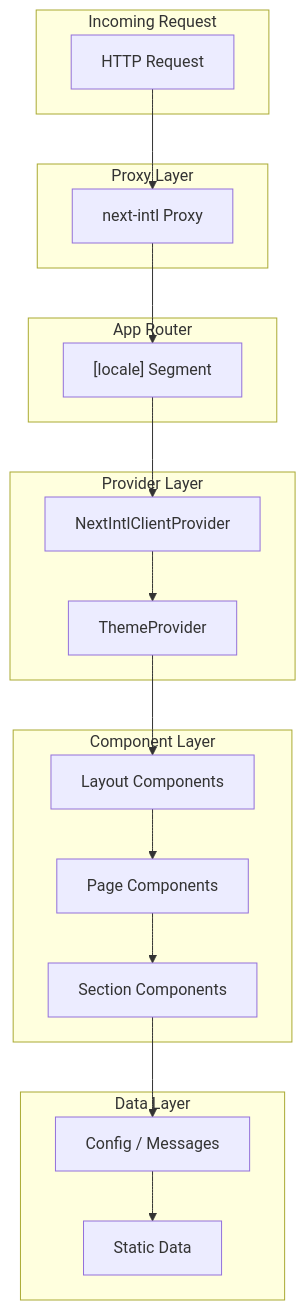
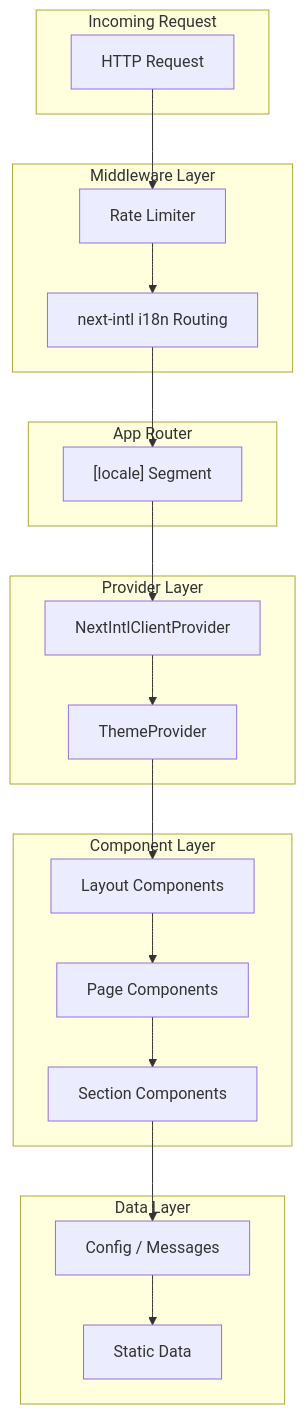
The diagram in docs/architecture/overview.md (paramdnoid/PORTFOLIO), drawn with Mermaid before and after one commit. The commit also changed other lines of this file and 11 other files, not shown here.

````diff
--- a/docs/architecture/overview.md
+++ b/docs/architecture/overview.md
@@ -11,40 +11,42 @@
 ```mermaid
 flowchart TB
     subgraph Request["Incoming Request"]
         A[HTTP Request]
     end
 
-    subgraph Proxy["Proxy Layer"]
-        B[next-intl Proxy]
+    subgraph Middleware["Middleware Layer"]
+        B1[Rate Limiter]
+        B2[next-intl i18n Routing]
     end
 
     subgraph AppRouter["App Router"]
         C["[locale] Segment"]
     end
 
     subgraph Providers["Provider Layer"]
         D[NextIntlClientProvider]
         E[ThemeProvider]
     end
 
     subgraph Components["Component Layer"]
         F[Layout Components]
         G[Page Components]
         H[Section Components]
     end
 
     subgraph Data["Data Layer"]
         I[Config / Messages]
         J[Static Data]
     end
 
-    A --> B
-    B --> C
+    A --> B1
+    B1 --> B2
+    B2 --> C
     C --> D
     D --> E
     E --> F
     F --> G
     G --> H
     H --> I
     I --> J
 ```
````
